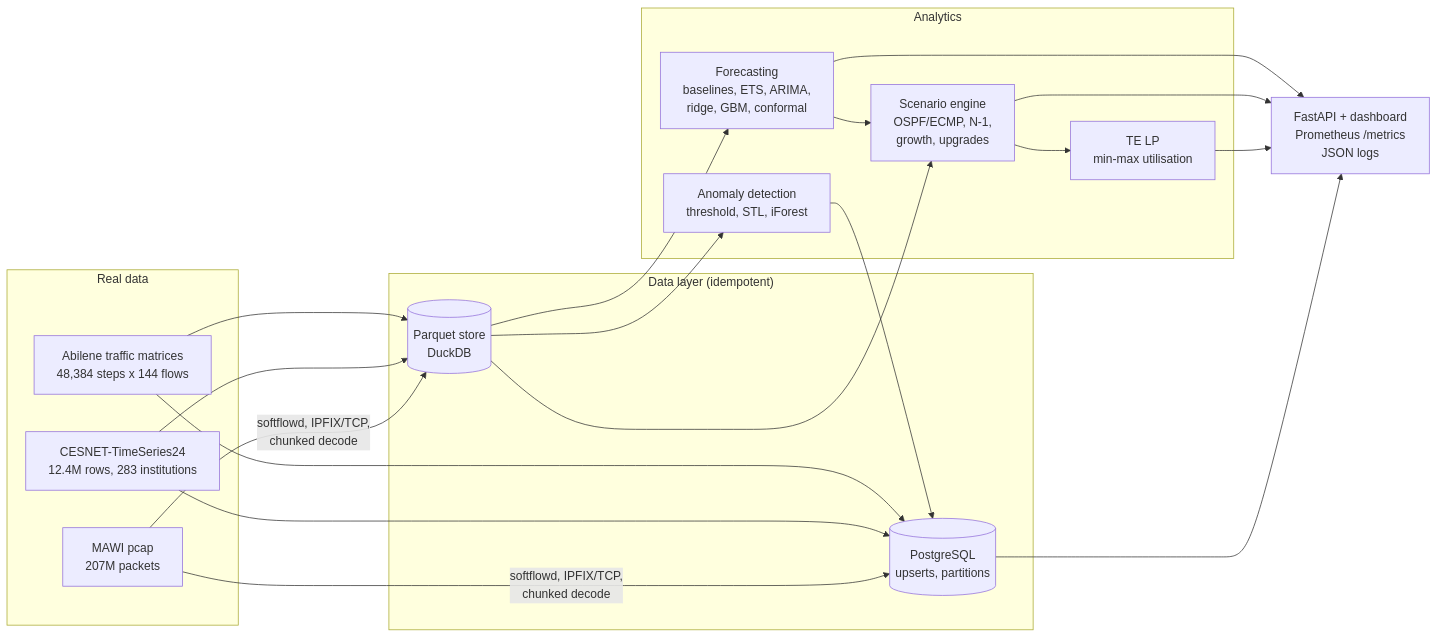
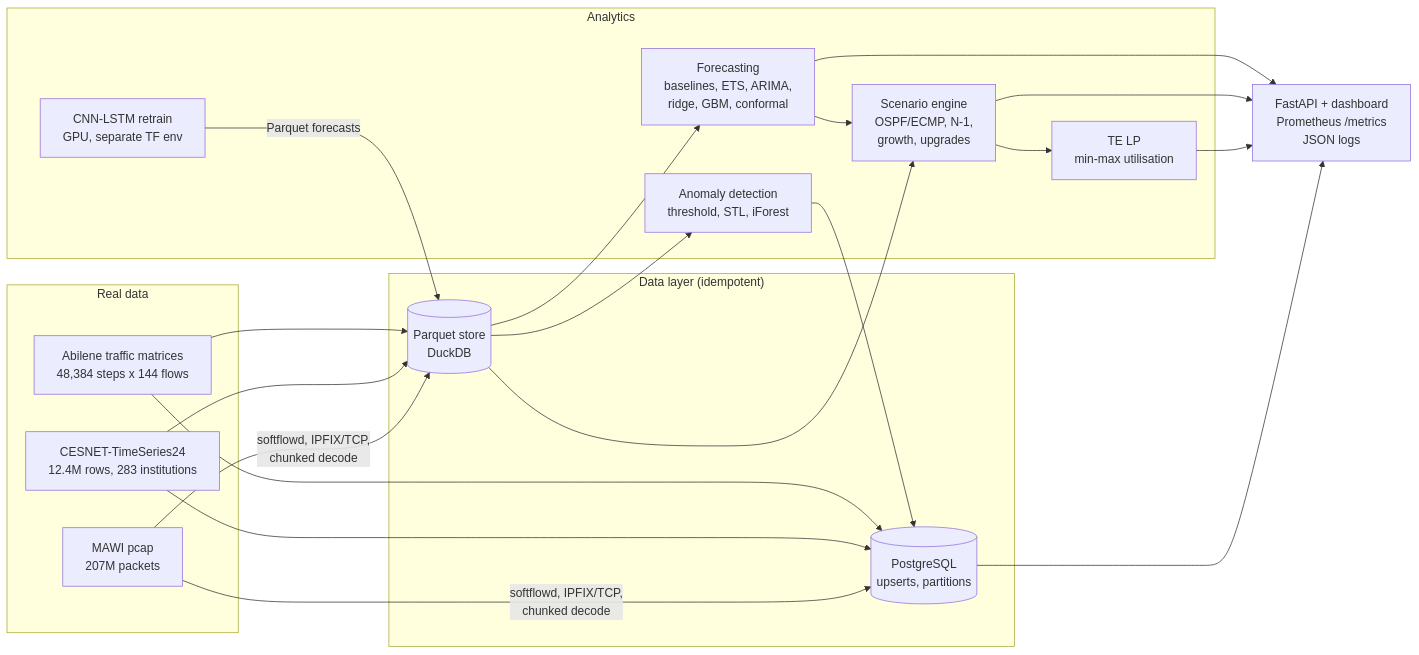
One commit to Vkartik-3/NetCap changed the diagram in README.md. Above: the diagram before and after it, drawn with Mermaid. The commit also changed other lines of this file and 10 other files, not shown here.

````diff
--- a/README.md
+++ b/README.md
@@ -41,26 +42,28 @@
 ```mermaid
 flowchart LR
   subgraph Sources["Real data"]
     A[Abilene traffic matrices<br/>48,384 steps x 144 flows]
     C[CESNET-TimeSeries24<br/>12.4M rows, 283 institutions]
     M[MAWI pcap<br/>207M packets]
   end
   subgraph Ingest["Data layer (idempotent)"]
     P[(Parquet store<br/>DuckDB)]
     G[(PostgreSQL<br/>upserts, partitions)]
   end
   subgraph Analytics
     F[Forecasting<br/>baselines, ETS, ARIMA,<br/>ridge, GBM, conformal]
     S[Scenario engine<br/>OSPF/ECMP, N-1,<br/>growth, upgrades]
     T[TE LP<br/>min-max utilisation]
     D[Anomaly detection<br/>threshold, STL, iForest]
+    N[CNN-LSTM retrain<br/>GPU, separate TF env]
   end
   API[FastAPI + dashboard<br/>Prometheus /metrics<br/>JSON logs]
   A --> P & G
   C --> P & G
   M -->|softflowd, IPFIX/TCP,<br/>chunked decode| P & G
   P --> F --> S
+  N -->|Parquet forecasts| P
   P --> S --> T
   P --> D --> G
   F & S & T & G --> API
 ```
````
